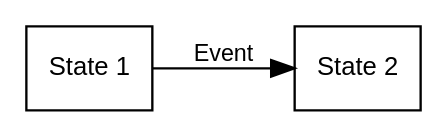
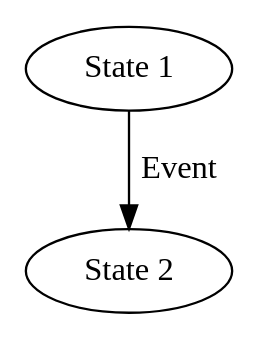
The first of 4 diagrams in docs/source/state_machines/index.rst (int-brain-lab/bpod-core), drawn with Graphviz before and after one commit. The commit also changed other lines of this file and 2 other files, not shown here.

Commit message:
centralize formatting of graphviz figures

```diff
--- a/docs/source/state_machines/index.rst
+++ b/docs/source/state_machines/index.rst
@@ -16,12 +16,9 @@
 .. graphviz::
-   :align: center
    :caption: A state diagram.
 
-   digraph example {
-       rankdir=LR;
-       node [shape=rectangle, fontname="Helvetica, sans-serif", fontsize=11];
-       edge [fontname="Helvetica, sans-serif", fontsize=10];
-       S1 [label="State 1"];
-       S2 [label="State 2"];
-       S1 -> S2 [label="Event"];
+   digraph {
+      S1 [label="State 1"];
+      S2 [label="State 2"];
+
+      S1 -> S2 [label="Event"];
    }
```
